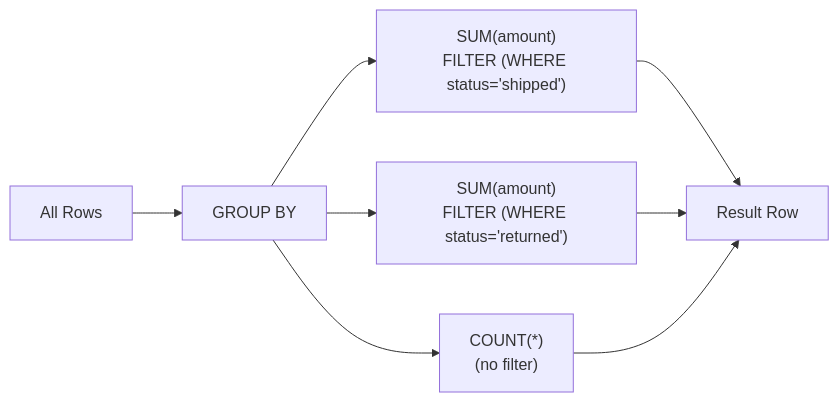
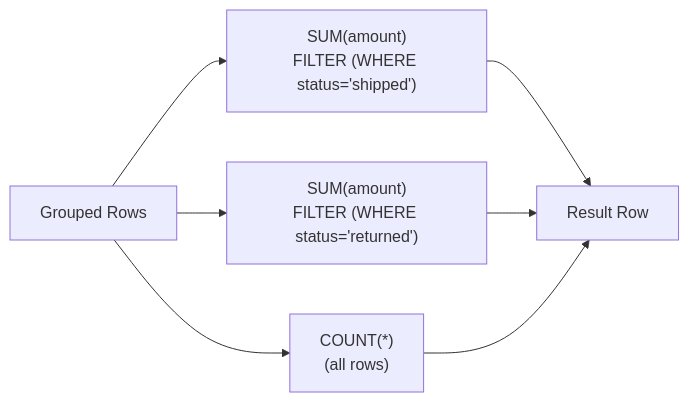
Before and after one commit to mahfooziiitian/spark-batch: the diagram in spark-sql/docs/querying/having/having_filter.md, drawn with Mermaid. The commit also changed other lines of this file and 809 other files, not shown here.

````diff
--- a/spark-sql/docs/querying/having/having_filter.md
+++ b/spark-sql/docs/querying/having/having_filter.md
@@ -9,10 +19,9 @@
 ```mermaid
 graph LR
-    R[All Rows] --> G["GROUP BY"]
-    G --> A1["SUM(amount)\nFILTER (WHERE status='shipped')"]
-    G --> A2["SUM(amount)\nFILTER (WHERE status='returned')"]
-    G --> A3["COUNT(*)\n(no filter)"]
+    R[Grouped Rows] --> A1["SUM(amount)<br/>FILTER (WHERE status='shipped')"]
+    R --> A2["SUM(amount)<br/>FILTER (WHERE status='returned')"]
+    R --> A3["COUNT(*)<br/>(all rows)"]
     A1 --> O[Result Row]
     A2 --> O
     A3 --> O
 ```
````
